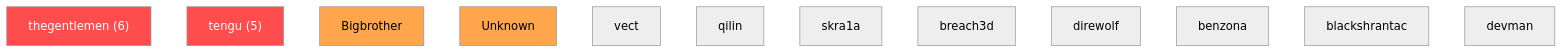
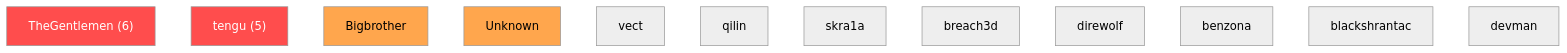
The first of 3 diagrams in statistics/2026/01-january/README.md (Hatchepsoute/AFRINTEL), drawn with Mermaid (neutral theme) before and after one commit. The commit also changed other lines of this file and 83 other files, not shown here.

````diff
--- a/statistics/2026/01-january/README.md
+++ b/statistics/2026/01-january/README.md
@@ -93,21 +93,21 @@
 ```mermaid
 flowchart TB
 
 classDef high fill:#ff4d4d,color:#ffffff
 classDef medium fill:#ffa64d,color:#000000
 classDef low fill:#ffe6b3,color:#000000
 
-A1["thegentlemen (6)"]:::high
+A1["TheGentlemen (6)"]:::high
 A2["tengu (5)"]:::high
 A3["Bigbrother"]:::medium
 A4["Unknown"]:::medium
 
 A5["vect"]
 A6["qilin"]
 A7["skra1a"]
 A8["breach3d"]
 A9["direwolf"]
 A10["benzona"]
 A11["blackshrantac"]
 A12["devman"]
 ```
````
